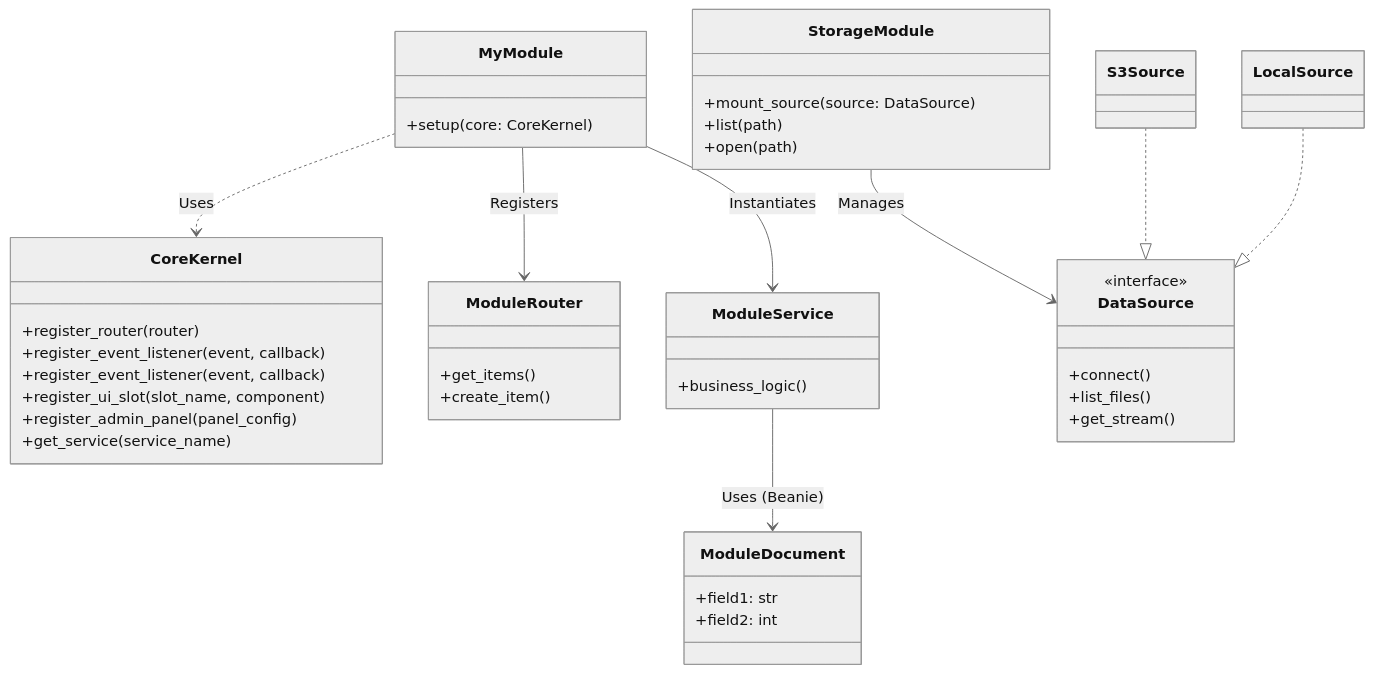
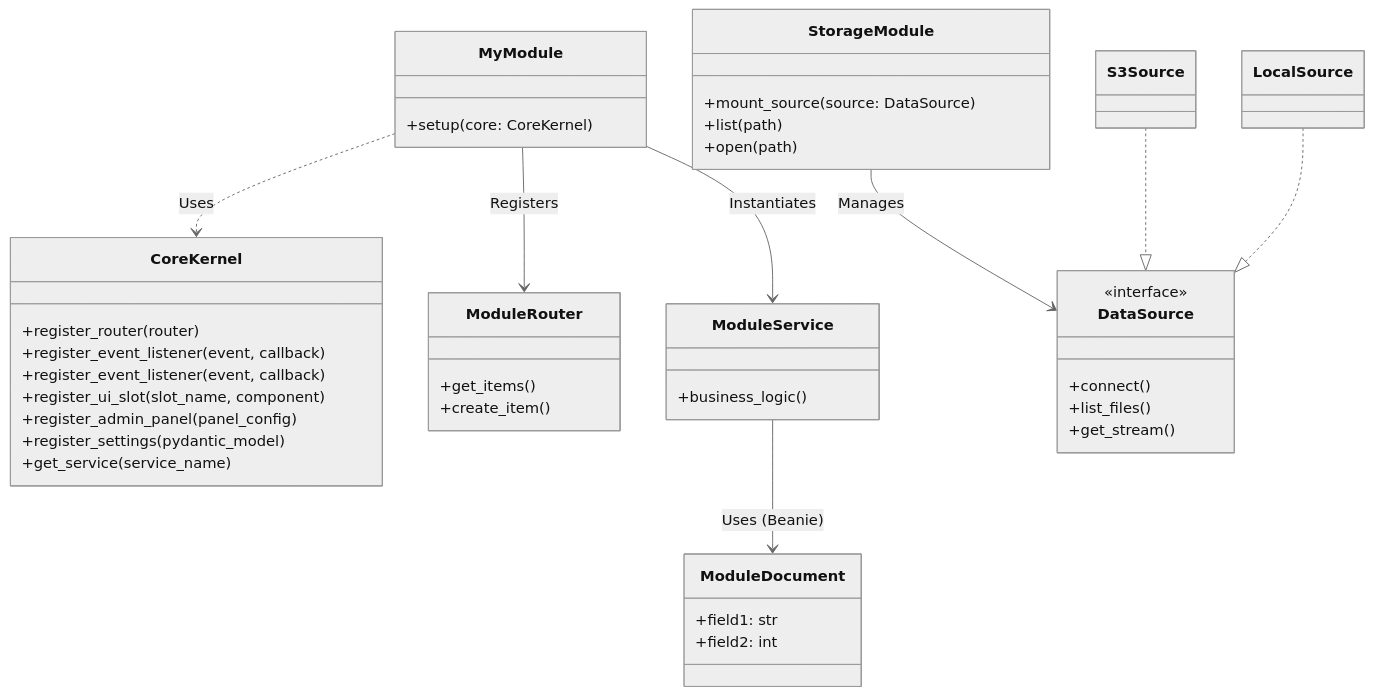
One commit to Sanali209/webos changed the third of 3 diagrams in des_docs/design/architecture_design.md. Above: the diagram before and after it, drawn with Mermaid (neutral theme). The commit also changed other lines of this file and 21 other files, not shown here.

````diff
--- a/des_docs/design/architecture_design.md
+++ b/des_docs/design/architecture_design.md
@@ -59,53 +59,54 @@
 ```mermaid
 classDiagram
     class CoreKernel {
         +register_router(router)
         +register_event_listener(event, callback)
         +register_event_listener(event, callback)
         +register_ui_slot(slot_name, component)
         +register_admin_panel(panel_config)
+        +register_settings(pydantic_model)
         +get_service(service_name)
     }
 
     class MyModule {
         +setup(core: CoreKernel)
     }
 
     class ModuleRouter {
         +get_items()
         +create_item()
     }
 
     class ModuleService {
         +business_logic()
     }
 
     class ModuleDocument {
         +field1: str
         +field2: int
     }
 
     MyModule ..> CoreKernel : Uses
     MyModule --> ModuleRouter : Registers
     MyModule --> ModuleService : Instantiates
     ModuleService --> ModuleDocument : Uses (Beanie)
 
     class StorageModule {
         +mount_source(source: DataSource)
         +list(path)
         +open(path)
     }
 
     class DataSource {
         <<interface>>
         +connect()
         +list_files()
         +get_stream()
     }
 
     StorageModule --> DataSource : Manages
     class S3Source
     class LocalSource
     S3Source ..|> DataSource
     LocalSource ..|> DataSource
 ```
````
